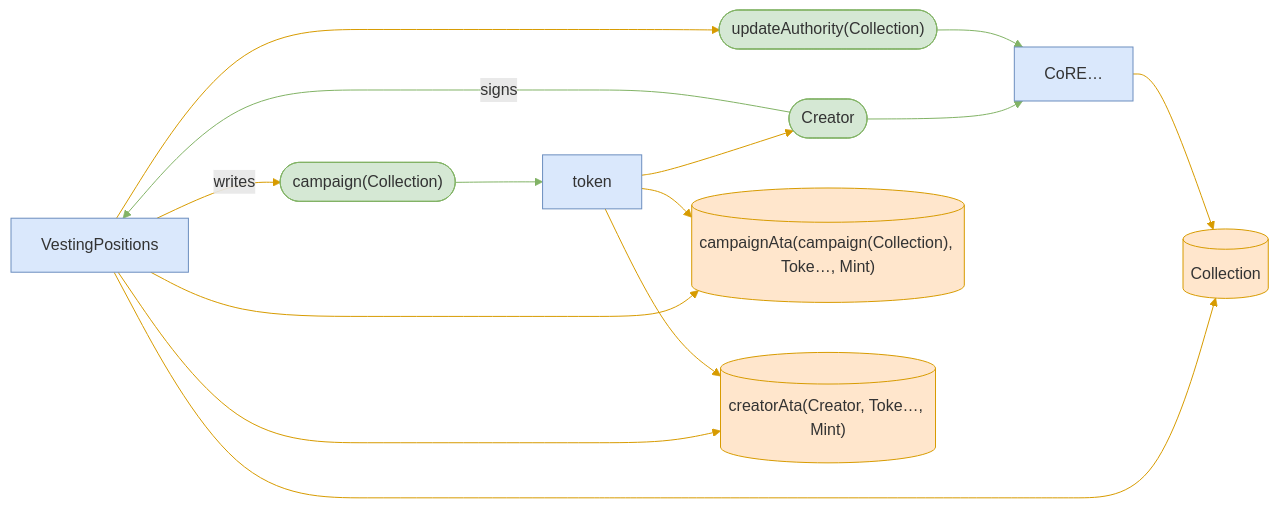
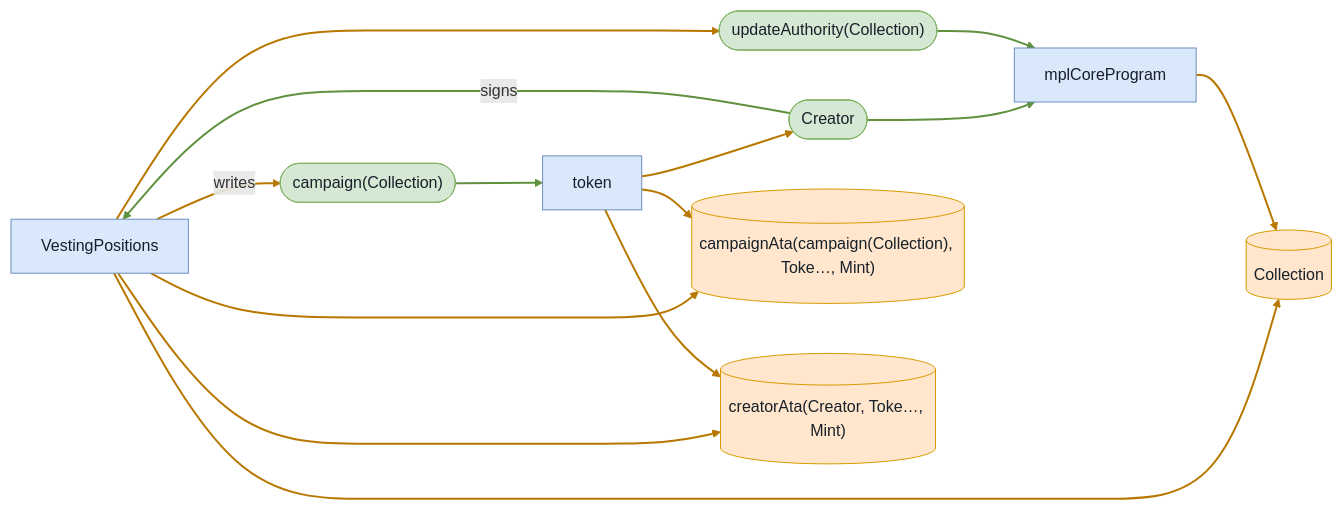
One commit to cds-turbin3/vesting-position changed the fifth of 6 diagrams in babelfish-tests/test-report/cancel_campaign_returns_deposit_and_closes_accounts.md. Above: the diagram before and after it, drawn with Mermaid. The commit also changed other lines of this file and 106 other files, not shown here.

````diff
--- a/babelfish-tests/test-report/cancel_campaign_returns_deposit_and_closes_accounts.md
+++ b/babelfish-tests/test-report/cancel_campaign_returns_deposit_and_closes_accounts.md
@@ -231,30 +230,30 @@
 ```mermaid
 flowchart LR
     VestingPositions["VestingPositions"]:::program
     Creator(["Creator"]):::signer
     campaignCollection(["campaign(Collection)"]):::signer
     Collection[("Collection")]:::state
     updateAuthorityCollection(["updateAuthority(Collection)"]):::signer
     campaignAtacampaignCollectionTokeMint[("campaignAta(campaign(Collection), Toke…, Mint)")]:::state
     creatorAtaCreatorTokeMint[("creatorAta(Creator, Toke…, Mint)")]:::state
     token["token"]:::program
-    CoRE["CoRE…"]:::program
+    mplCoreProgram["mplCoreProgram"]:::program
     Creator -->|signs| VestingPositions
     VestingPositions -->|writes| campaignCollection
     VestingPositions --> Collection
     VestingPositions --> updateAuthorityCollection
     VestingPositions --> campaignAtacampaignCollectionTokeMint
     VestingPositions --> creatorAtaCreatorTokeMint
     token --> campaignAtacampaignCollectionTokeMint
     token --> creatorAtaCreatorTokeMint
     campaignCollection --> token
     token --> Creator
-    CoRE --> Collection
-    Creator --> CoRE
-    updateAuthorityCollection --> CoRE
-    classDef program fill:#dae8fc,stroke:#6c8ebf;
-    classDef signer fill:#d5e8d4,stroke:#82b366;
-    classDef state fill:#ffe6cc,stroke:#d79b00;
-    linkStyle 0,8,11,12 stroke:#82b366
-    linkStyle 1,2,3,4,5,6,7,9,10 stroke:#d79b00
+    mplCoreProgram --> Collection
+    Creator --> mplCoreProgram
+    updateAuthorityCollection --> mplCoreProgram
+    classDef program fill:#dae8fc,stroke:#6c8ebf,color:#17202a;
+    classDef signer fill:#d5e8d4,stroke:#82b366,color:#17202a;
+    classDef state fill:#ffe6cc,stroke:#d79b00,color:#17202a;
+    linkStyle 0,8,11,12 stroke:#5f913f,stroke-width:2px
+    linkStyle 1,2,3,4,5,6,7,9,10 stroke:#b87800,stroke-width:2px
 ```
````
